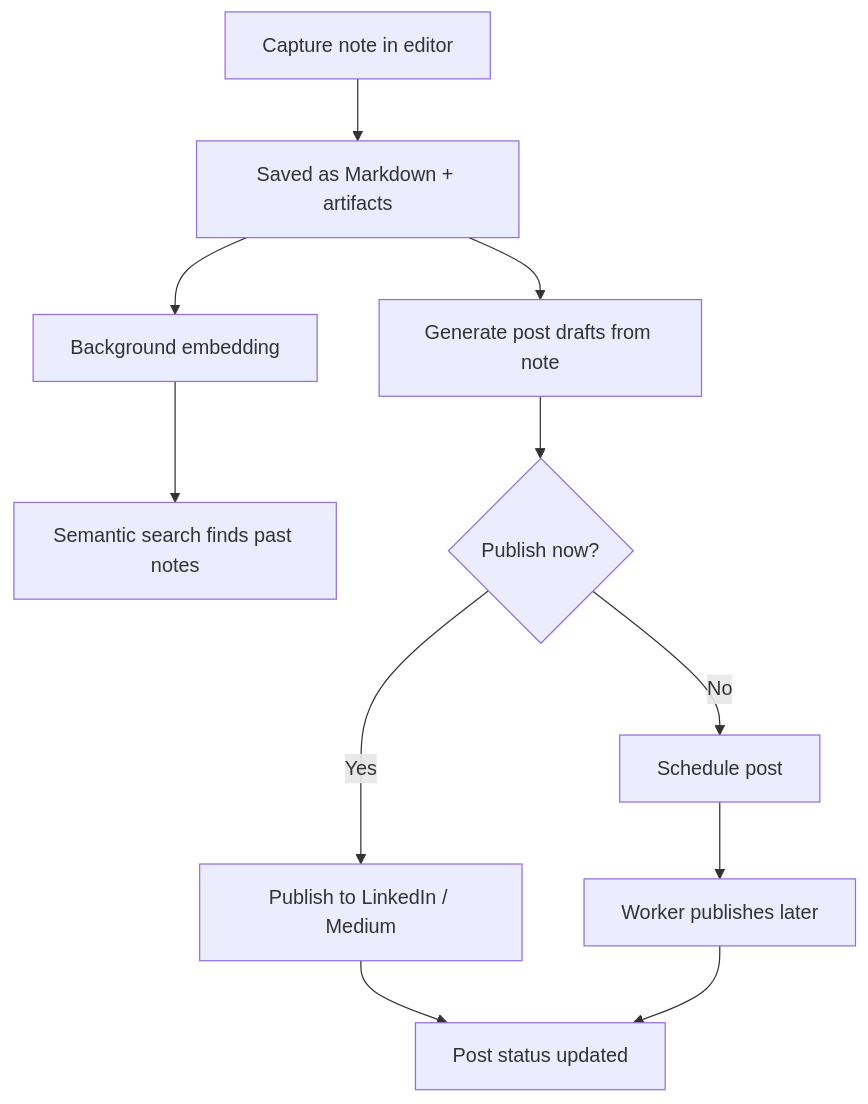
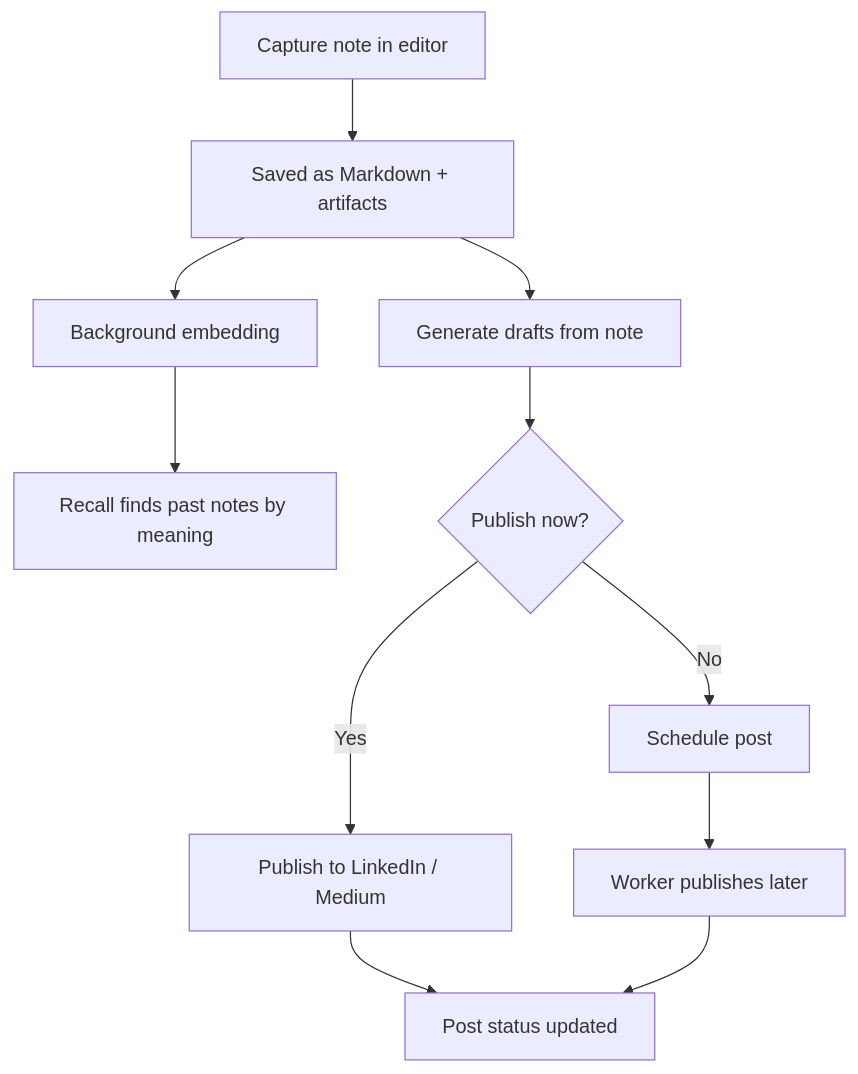
Before and after one commit to AhmedYassinH/noteship: the diagram in docs/noteship-product-definition.md, drawn with Mermaid. The commit also changed other lines of this file and 21 other files, not shown here.

````diff
--- a/docs/noteship-product-definition.md
+++ b/docs/noteship-product-definition.md
@@ -119,13 +125,13 @@
 ```mermaid
 flowchart TD
   A[Capture note in editor] --> B[Saved as Markdown + artifacts]
   B --> C[Background embedding]
-  C --> D[Semantic search finds past notes]
-  B --> E[Generate post drafts from note]
+  C --> D[Recall finds past notes by meaning]
+  B --> E[Generate drafts from note]
   E --> F{Publish now?}
   F -->|Yes| G[Publish to LinkedIn / Medium]
   F -->|No| H[Schedule post]
   H --> I[Worker publishes later]
   G --> J[Post status updated]
   I --> J
 ```
````
